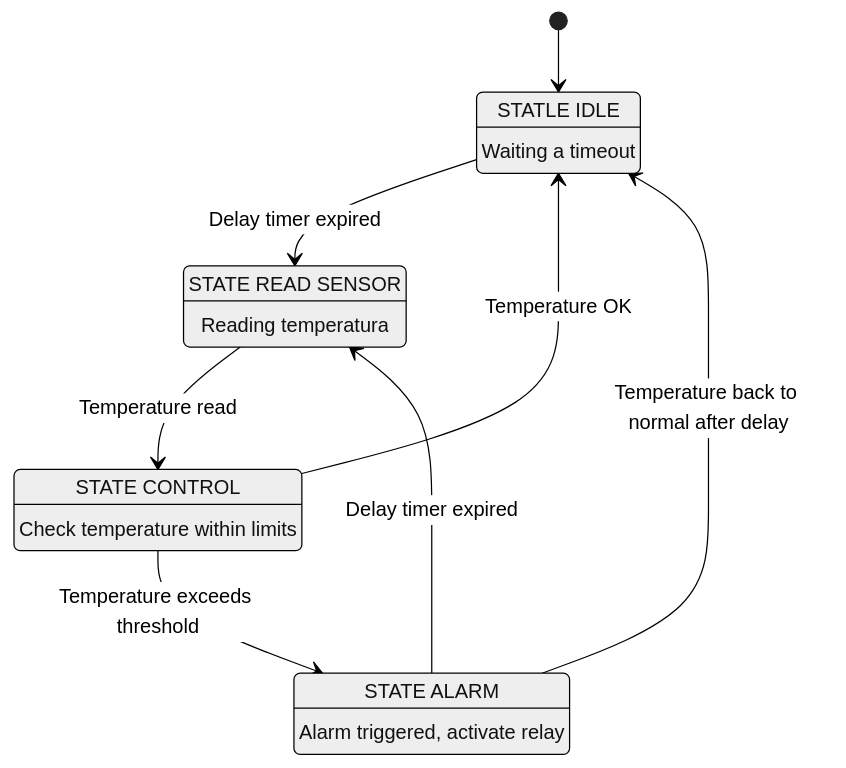
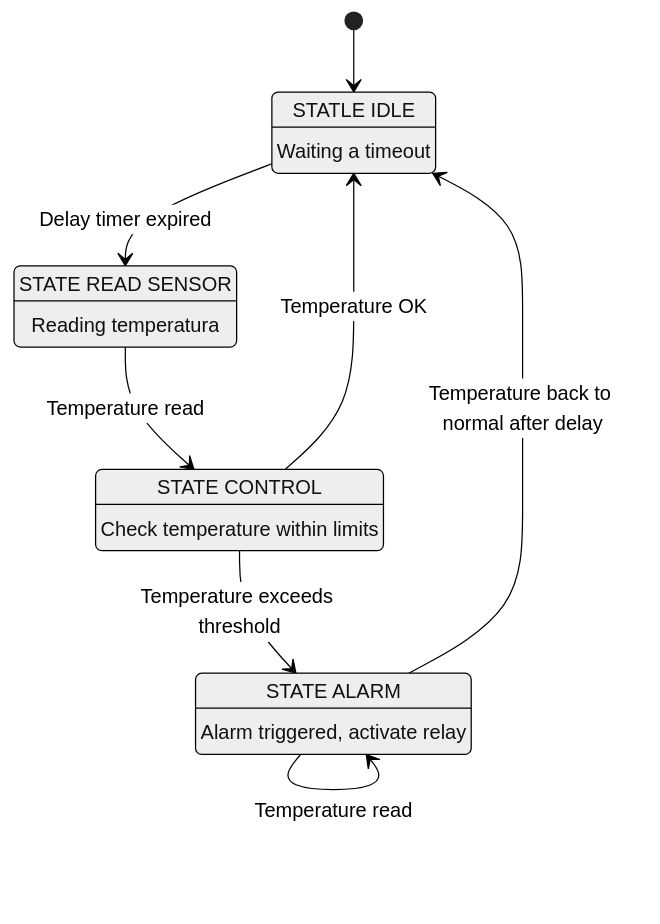
Before and after one commit to vazquez-agustin/PdM_VAZQUEZ_workspace: the diagram in WeatherStation_FinalProject/README.md, drawn with Mermaid (neutral theme). The commit also changed other lines of this file, not shown here.

````diff
--- a/WeatherStation_FinalProject/README.md
+++ b/WeatherStation_FinalProject/README.md
@@ -3,14 +19,14 @@
 ```mermaid
 stateDiagram-v2
 [*] --> SI
 state "STATLE IDLE" AS SI: Waiting a timeout
 state "STATE READ SENSOR" as SRS: Reading temperatura
 state "STATE CONTROL" as SC: Check temperature within limits
 state "STATE ALARM" as SA: Alarm triggered, activate relay
 SI --> SRS : Delay timer expired
 SRS --> SC : Temperature read
 SC --> SI  : Temperature OK
 SC --> SA  : Temperature exceeds threshold
 SA --> SI  : Temperature back to normal after delay
-SA --> SRS : Delay timer expired
+SA --> SA  : Temperature read
 ```
````
